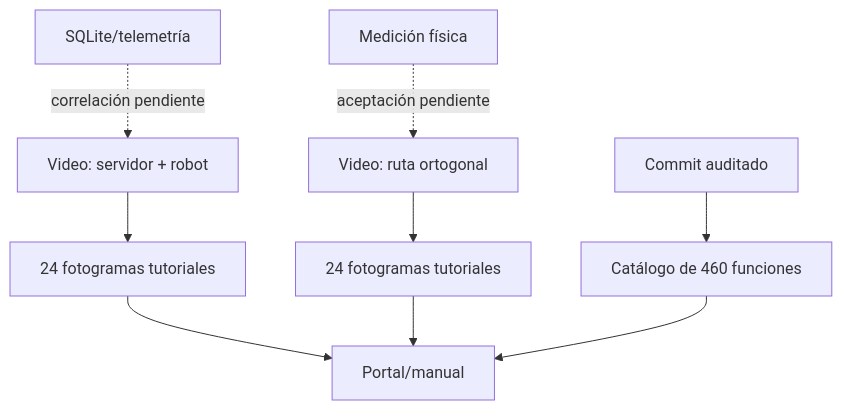
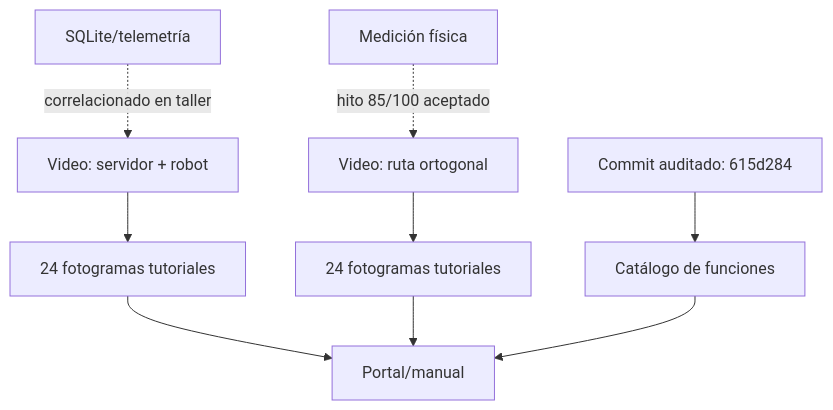
Diagram 19 of 19 in DIAGRAMA_SISTEMA_GENERAL.md (RubenAndresGome/carroTest3-For-Esp32-s3-wroom), drawn with Mermaid before and after one commit. The commit also changed other lines of this file and 369 other files, not shown here.

````diff
--- a/DIAGRAMA_SISTEMA_GENERAL.md
+++ b/DIAGRAMA_SISTEMA_GENERAL.md
@@ -528,11 +566,11 @@
 ```mermaid
 flowchart TB
     Video1["Video: servidor + robot"] --> Frames1["24 fotogramas tutoriales"]
     Video2["Video: ruta ortogonal"] --> Frames2["24 fotogramas tutoriales"]
     Frames1 --> Manual["Portal/manual"]
     Frames2 --> Manual
-    SQLite["SQLite/telemetría"] -. "correlación pendiente" .-> Video1
-    Measure["Medición física"] -. "aceptación pendiente" .-> Video2
-    CurrentCode["Commit auditado"] --> Catalog["Catálogo de 460 funciones"]
+    SQLite["SQLite/telemetría"] -. "correlacionado en taller" .-> Video1
+    Measure["Medición física"] -. "hito 85/100 aceptado" .-> Video2
+    CurrentCode["Commit auditado: 615d284"] --> Catalog["Catálogo de funciones"]
     Catalog --> Manual
 ```
````
